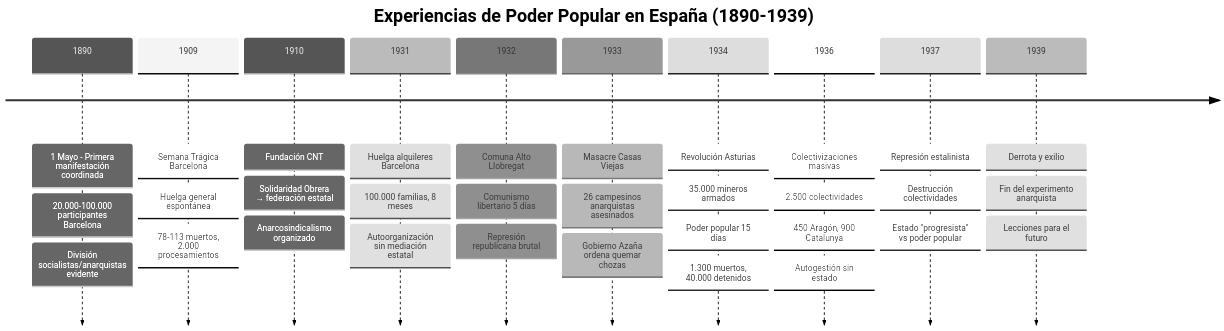
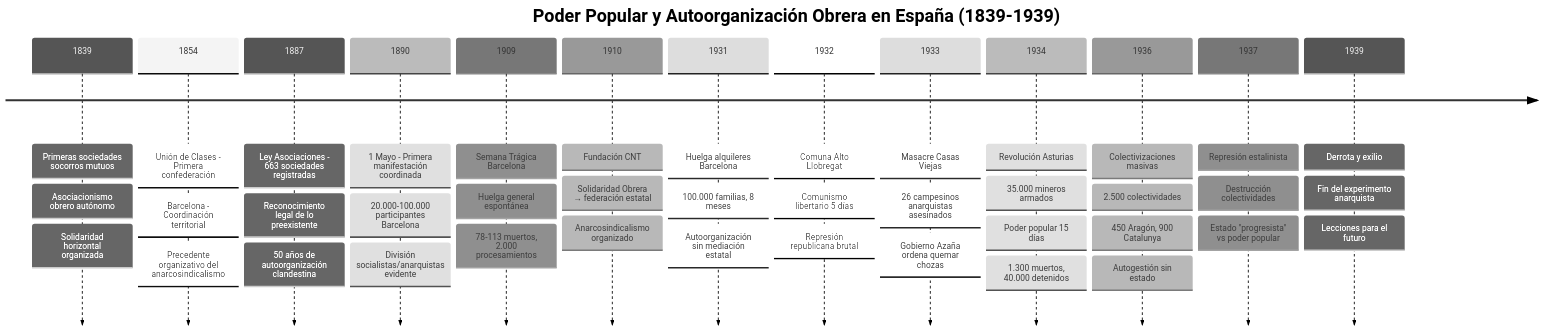
The first of 4 diagrams in sociologia/el-poder-popular-frente-al-estado.md (perpetuocambio/annotations), drawn with Mermaid (neutral theme) before and after one commit. The commit also changed other lines of this file, not shown here.

````diff
--- a/sociologia/el-poder-popular-frente-al-estado.md
+++ b/sociologia/el-poder-popular-frente-al-estado.md
@@ -124,46 +124,58 @@
 ```mermaid
 timeline
-    title Experiencias de Poder Popular en España (1890-1939)
+    title Poder Popular y Autoorganización Obrera en España (1839-1939)
+    
+    1839 : Primeras sociedades socorros mutuos
+         : Asociacionismo obrero autónomo
+         : Solidaridad horizontal organizada
+    
+    1854 : Unión de Clases - Primera confederación
+         : Barcelona - Coordinación territorial
+         : Precedente organizativo del anarcosindicalismo
+    
+    1887 : Ley Asociaciones - 663 sociedades registradas
+         : Reconocimiento legal de lo preexistente
+         : 50 años de autoorganización clandestina
     
     1890 : 1 Mayo - Primera manifestación coordinada
          : 20.000-100.000 participantes Barcelona
          : División socialistas/anarquistas evidente
     
     1909 : Semana Trágica Barcelona
          : Huelga general espontánea
          : 78-113 muertos, 2.000 procesamientos
     
     1910 : Fundación CNT
          : Solidaridad Obrera → federación estatal
          : Anarcosindicalismo organizado
     
     1931 : Huelga alquileres Barcelona
          : 100.000 familias, 8 meses
          : Autoorganización sin mediación estatal
     
     1932 : Comuna Alto Llobregat
          : Comunismo libertario 5 días
          : Represión republicana brutal
          
     1933 : Masacre Casas Viejas
          : 26 campesinos anarquistas asesinados
          : Gobierno Azaña ordena quemar chozas
     
     1934 : Revolución Asturias
          : 35.000 mineros armados
          : Poder popular 15 días
          : 1.300 muertos, 40.000 detenidos
     
     1936 : Colectivizaciones masivas
          : 2.500 colectividades
          : 450 Aragón, 900 Catalunya
          : Autogestión sin estado
     
     1937 : Represión estalinista
          : Destrucción colectividades
          : Estado "progresista" vs poder popular
     
     1939 : Derrota y exilio
          : Fin del experimento anarquista
          : Lecciones para el futuro
 ```
````
